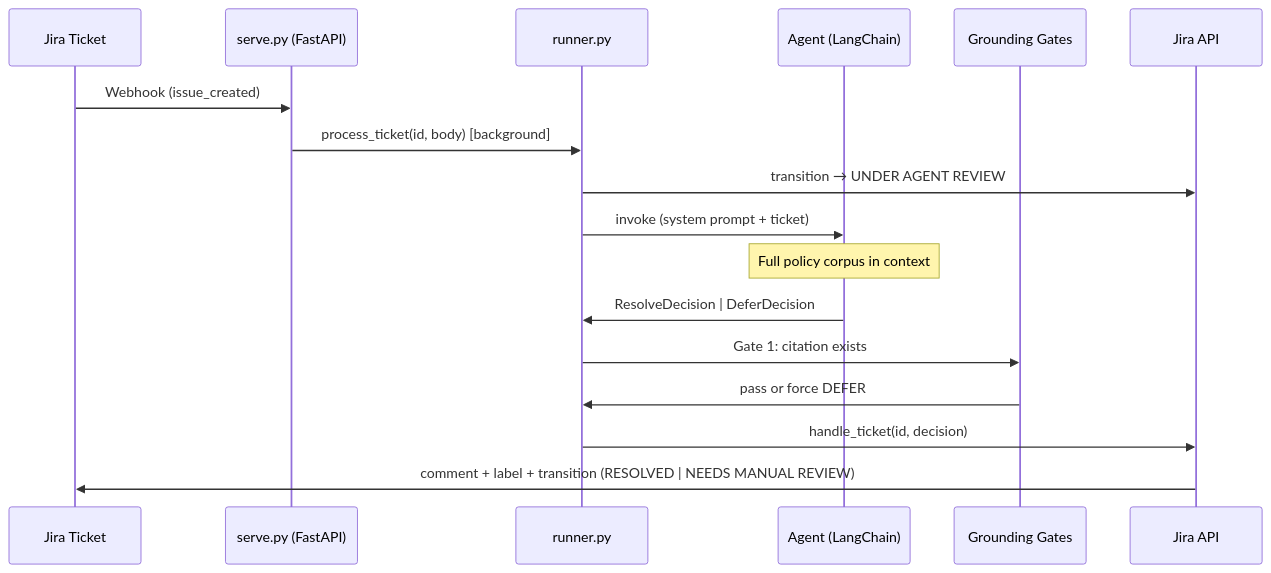
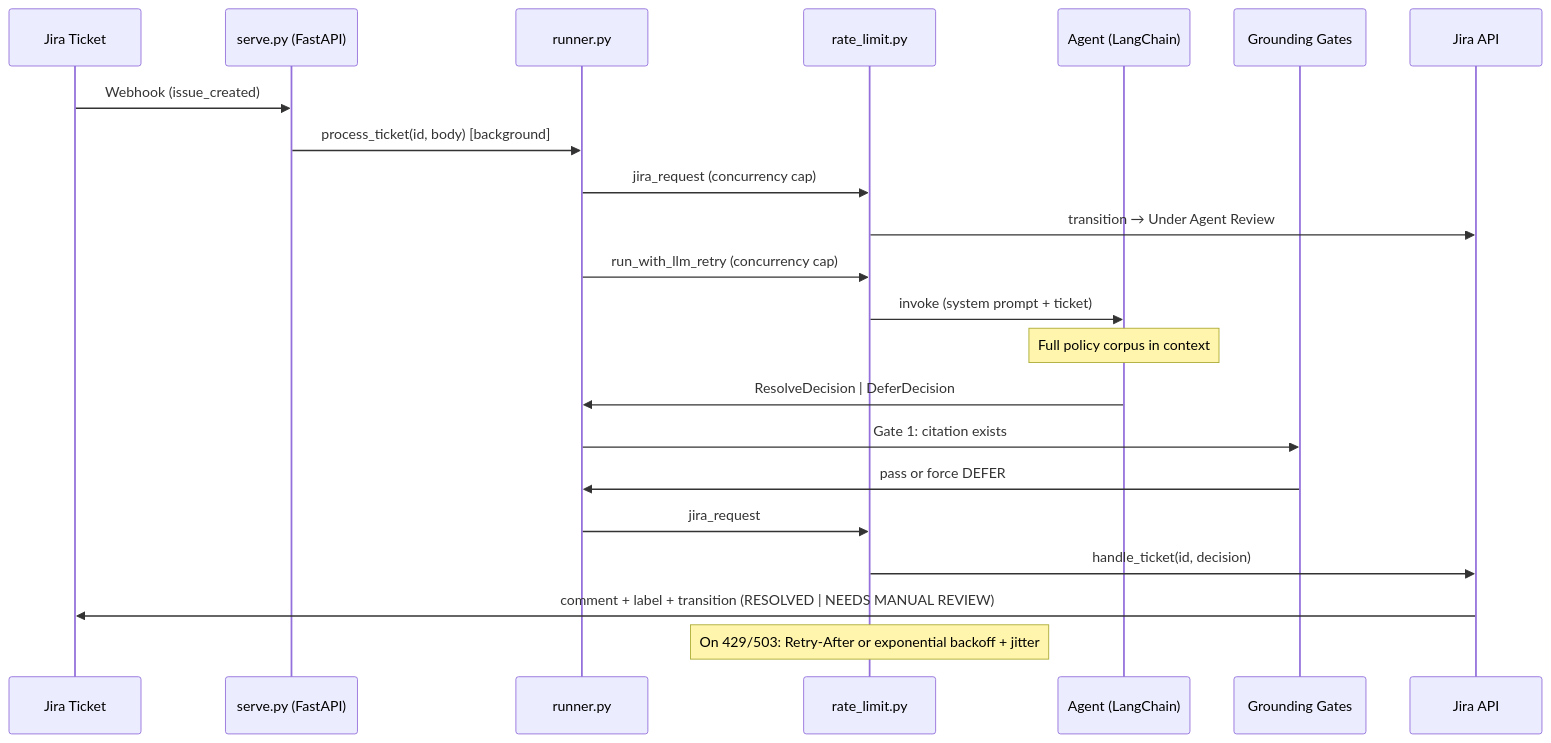
The first of 2 diagrams in README.md (mondal-alex/it-helpdesk-agent), drawn with Mermaid before and after one commit. The commit also changed other lines of this file and 15 other files, not shown here.

````diff
--- a/README.md
+++ b/README.md
@@ -29,20 +30,25 @@
 ```mermaid
 sequenceDiagram
     participant J as Jira Ticket
     participant S as serve.py (FastAPI)
     participant R as runner.py
+    participant RL as rate_limit.py
     participant A as Agent (LangChain)
     participant G as Grounding Gates
     participant API as Jira API
 
     J->>S: Webhook (issue_created)
     S->>R: process_ticket(id, body) [background]
-    R->>API: transition → UNDER AGENT REVIEW
-    R->>A: invoke (system prompt + ticket)
+    R->>RL: jira_request (concurrency cap)
+    RL->>API: transition → Under Agent Review
+    R->>RL: run_with_llm_retry (concurrency cap)
+    RL->>A: invoke (system prompt + ticket)
     Note over A: Full policy corpus in context
     A->>R: ResolveDecision | DeferDecision
     R->>G: Gate 1: citation exists
     G->>R: pass or force DEFER
-    R->>API: handle_ticket(id, decision)
+    R->>RL: jira_request
+    RL->>API: handle_ticket(id, decision)
     API->>J: comment + label + transition (RESOLVED | NEEDS MANUAL REVIEW)
+    Note over RL: On 429/503: Retry-After or exponential backoff + jitter
 ```
````
